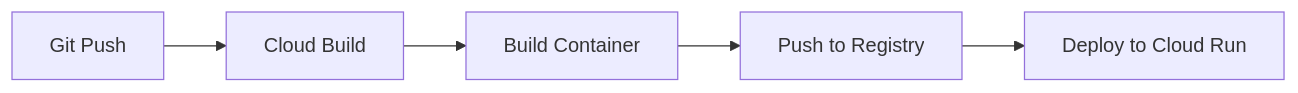
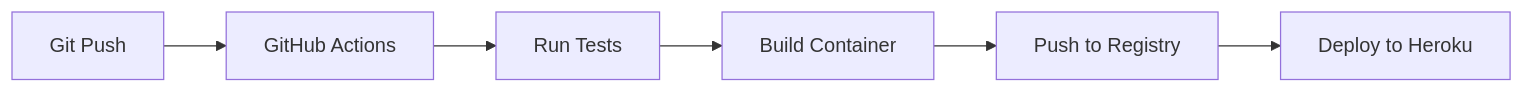
One commit to wgod58/slack-bot-ai changed the diagram in README.md. Above: the diagram before and after it, drawn with Mermaid. The commit also changed other lines of this file, not shown here.

````diff
--- a/README.md
+++ b/README.md
@@ -69,7 +67,8 @@
 ```mermaid
 graph LR
-    A[Git Push] --> B[Cloud Build]
-    B --> C[Build Container]
-    C --> D[Push to Registry]
-    D --> E[Deploy to Cloud Run]
+    A[Git Push] --> B[GitHub Actions]
+    B --> C[Run Tests]
+    C --> D[Build Container]
+    D --> E[Push to Registry]
+    E --> F[Deploy to Heroku]
 ```
````
